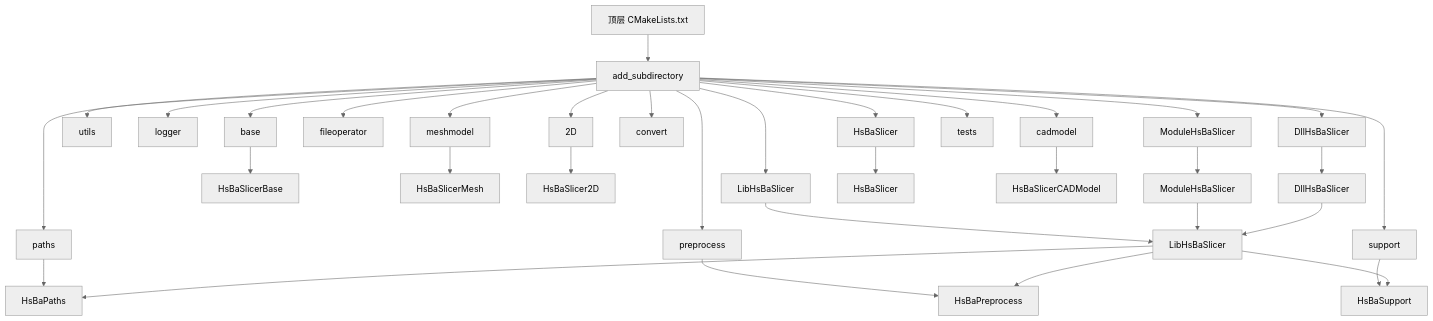
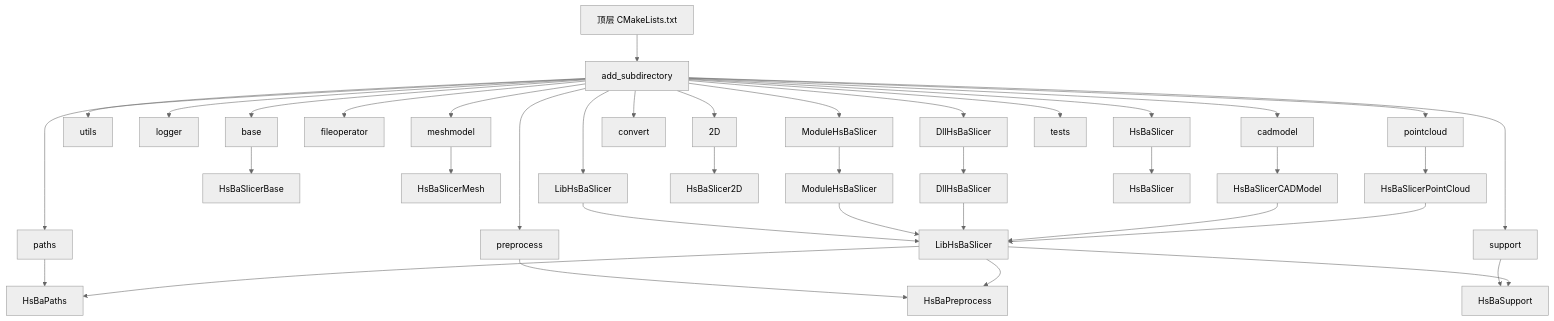
Before and after one commit to hsmbanlance/HsBaSlicer: the first of 3 diagrams in .qoder/repowiki/zh/content/构建与部署/构建与部署.md, drawn with Mermaid (neutral theme). The commit also changed other lines of this file and 31 other files, not shown here.

First line of the commit message:
docs(architecture): 更新文档以包含事件处理系统和动态库测试

````diff
--- a/.qoder/repowiki/zh/content/构建与部署/构建与部署.md
+++ b/.qoder/repowiki/zh/content/构建与部署/构建与部署.md
@@ -81,36 +86,40 @@
 ```mermaid
 graph TD
 A[顶层 CMakeLists.txt] --> B[add_subdirectory]
 B --> C[base]
 B --> D[utils]
 B --> E[logger]
 B --> F[2D]
 B --> G[paths]
 B --> H[fileoperator]
 B --> I[meshmodel]
-B --> J[cadmodel]
-B --> K[preprocess]
-B --> L[support]
-B --> M[convert]
-B --> N[LibHsBaSlicer]
-B --> O[ModuleHsBaSlicer]
-B --> P[DllHsBaSlicer]
-B --> Q[HsBaSlicer]
-B --> R[tests]
-C --> S[HsBaSlicerBase]
-I --> T[HsBaSlicerMesh]
-K --> U[HsBaPreprocess]
-L --> V[HsBaSupport]
-F --> W[HsBaSlicer2D]
-G --> X[HsBaPaths]
-N --> Y[LibHsBaSlicer]
-O --> Z[ModuleHsBaSlicer]
-P --> AA[DllHsBaSlicer]
-Q --> BB[HsBaSlicer]
-Y --> U
-Y --> V
-Y --> X
-Z --> Y
-AA --> Y
-J --> CC[HsBaSlicerCADModel]
+B --> J[pointcloud]
+B --> K[cadmodel]
+B --> L[preprocess]
+B --> M[support]
+B --> N[convert]
+B --> O[LibHsBaSlicer]
+B --> P[ModuleHsBaSlicer]
+B --> Q[DllHsBaSlicer]
+B --> R[HsBaSlicer]
+B --> S[tests]
+C --> T[HsBaSlicerBase]
+I --> U[HsBaSlicerMesh]
+J --> V[HsBaSlicerPointCloud]
+K --> W[HsBaSlicerCADModel]
+L --> X[HsBaPreprocess]
+M --> Y[HsBaSupport]
+F --> Z[HsBaSlicer2D]
+G --> AA[HsBaPaths]
+O --> BB[LibHsBaSlicer]
+P --> CC[ModuleHsBaSlicer]
+Q --> DD[DllHsBaSlicer]
+R --> EE[HsBaSlicer]
+BB --> X
+BB --> Y
+BB --> AA
+CC --> BB
+DD --> BB
+W --> BB
+V --> BB
 ```
````
